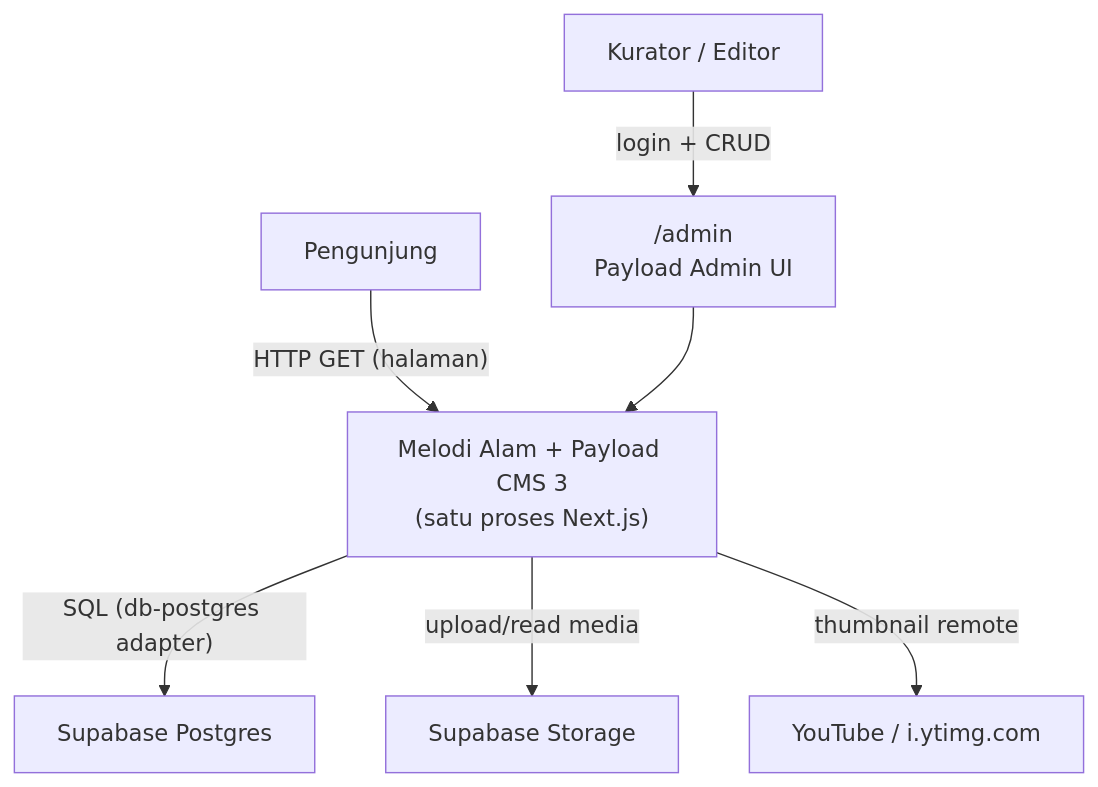
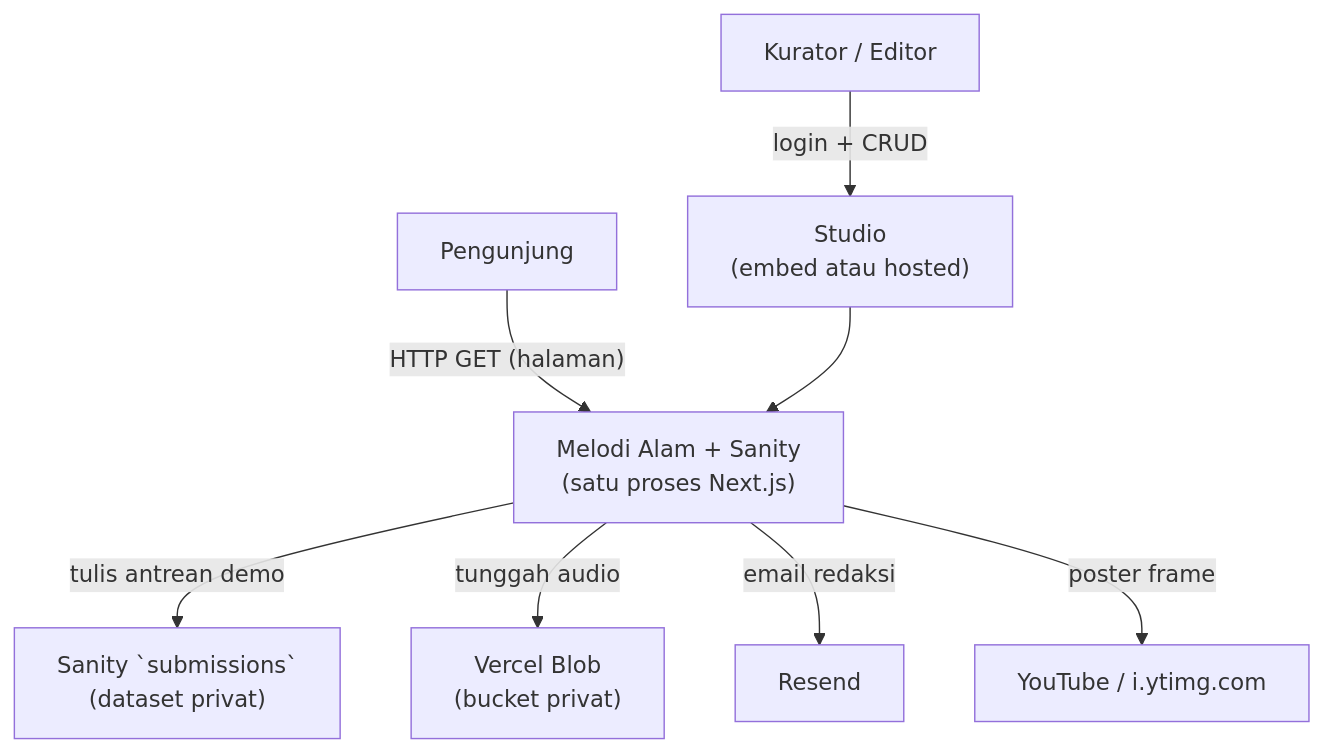
One commit to albiruby/melodialam-website changed the second of 6 diagrams in docs/ARCHITECTURE.md. Above: the diagram before and after it, drawn with Mermaid. The commit also changed other lines of this file and 23 other files, not shown here.

````diff
--- a/docs/ARCHITECTURE.md
+++ b/docs/ARCHITECTURE.md
@@ -200,17 +251,19 @@
 ```mermaid
 graph TB
   visitor["Pengunjung"]
   curator["Kurator / Editor"]
-  app["Melodi Alam + Payload CMS 3<br/>(satu proses Next.js)"]
-  admin["/admin<br/>Payload Admin UI"]
-  sb_db["Supabase Postgres"]
-  sb_store["Supabase Storage"]
+  app["Melodi Alam + Sanity<br/>(satu proses Next.js)"]
+  studio["Studio<br/>(embed atau hosted)"]
+  sb_db["Sanity `submissions`<br/>(dataset privat)"]
+  blob["Vercel Blob<br/>(bucket privat)"]
+  resend["Resend"]
   yt["YouTube / i.ytimg.com"]
 
   visitor -->|"HTTP GET (halaman)"| app
-  curator -->|"login + CRUD"| admin
-  admin --> app
-  app -->|"SQL (db-postgres adapter)"| sb_db
-  app -->|"upload/read media"| sb_store
-  app -->|"thumbnail remote"| yt
+  curator -->|"login + CRUD"| studio
+  studio --> app
+  app -->|"tulis antrean demo"| sb_db
+  app -->|"tunggah audio"| blob
+  app -->|"email redaksi"| resend
+  app -->|"poster frame"| yt
 ```
````
